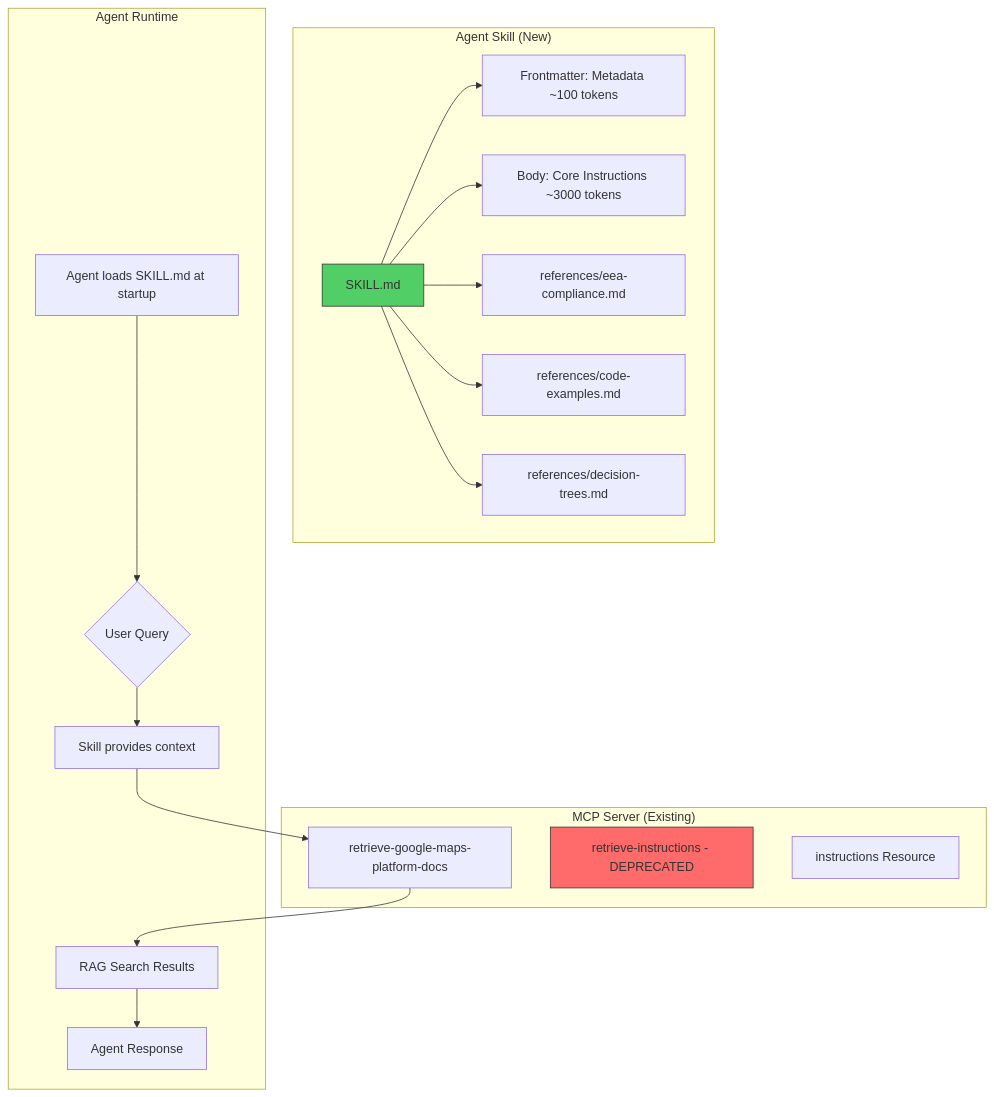
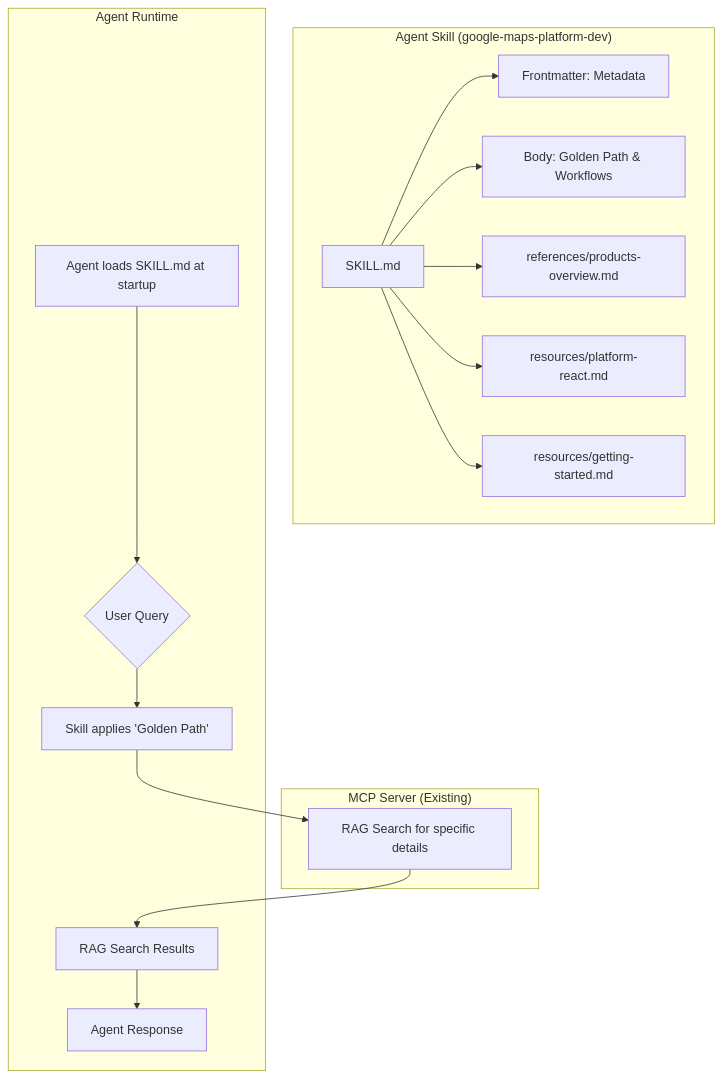
One commit to googlemaps/platform-ai changed the diagram in packages/code-assist/PLAN.md. Above: the diagram before and after it, drawn with Mermaid. The commit also changed other lines of this file and 1 other file, not shown here.

Commit message:
docs: update PLAN.md and README.md for google-maps-platform-dev skill

````diff
--- a/packages/code-assist/PLAN.md
+++ b/packages/code-assist/PLAN.md
@@ -19,28 +19,23 @@
 ```mermaid
 graph TD
-    subgraph "Agent Skill (New)"
-        A[SKILL.md] --> B[Frontmatter: Metadata ~100 tokens]
-        A --> C[Body: Core Instructions ~3000 tokens]
-        A --> D[references/eea-compliance.md]
-        A --> E[references/code-examples.md]
-        A --> F[references/decision-trees.md]
+    subgraph "Agent Skill (google-maps-platform-dev)"
+        A[SKILL.md] --> B[Frontmatter: Metadata]
+        A --> C[Body: Golden Path & Workflows]
+        A --> D[references/products-overview.md]
+        A --> E[resources/platform-react.md]
+        A --> F[resources/getting-started.md]
     end
     
     subgraph "MCP Server (Existing)"
         G[retrieve-google-maps-platform-docs]
-        H[retrieve-instructions - DEPRECATED]
-        I[instructions Resource]
     end
     
     subgraph "Agent Runtime"
         J[Agent loads SKILL.md at startup]
         J --> K{User Query}
-        K --> L[Skill provides context]
-        L --> G
+        K --> L[Skill applies 'Golden Path']
+        L --> G[RAG Search for specific details]
         G --> M[RAG Search Results]
         M --> N[Agent Response]
     end
-    
-    style H fill:#ff6b6b,stroke:#333
-    style A fill:#51cf66,stroke:#333
 ```
````
